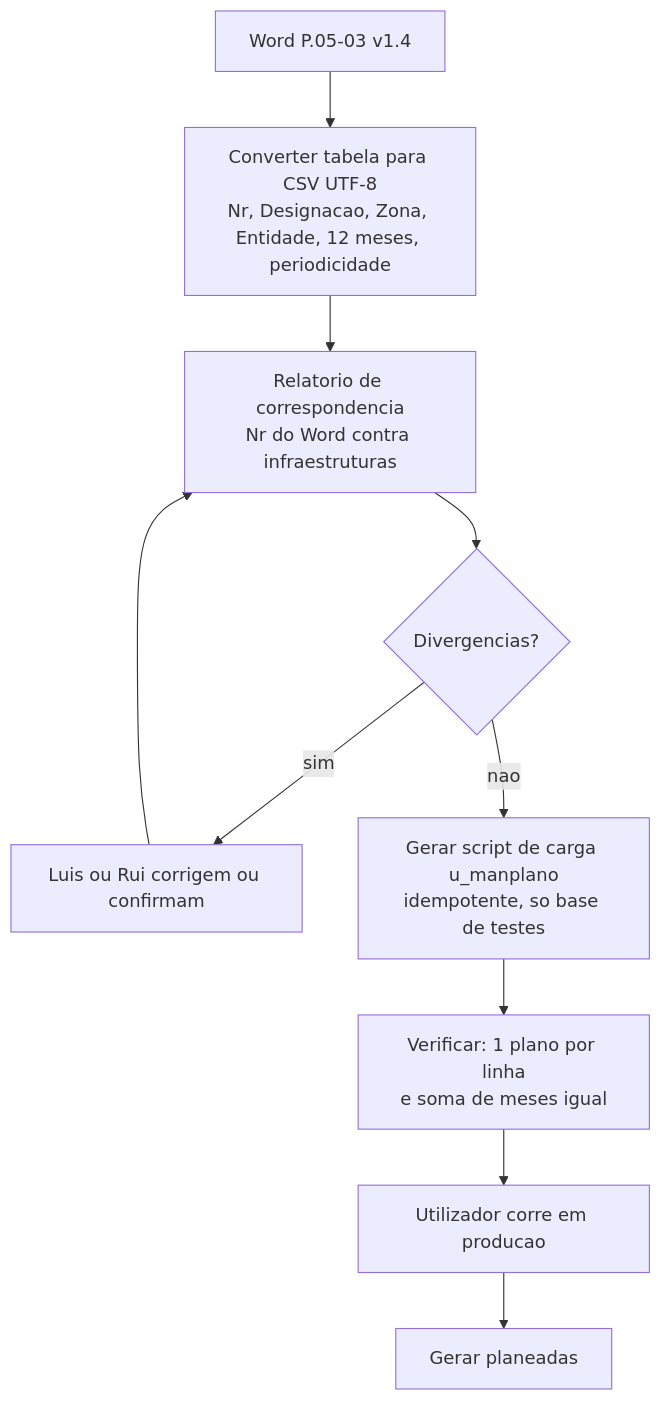
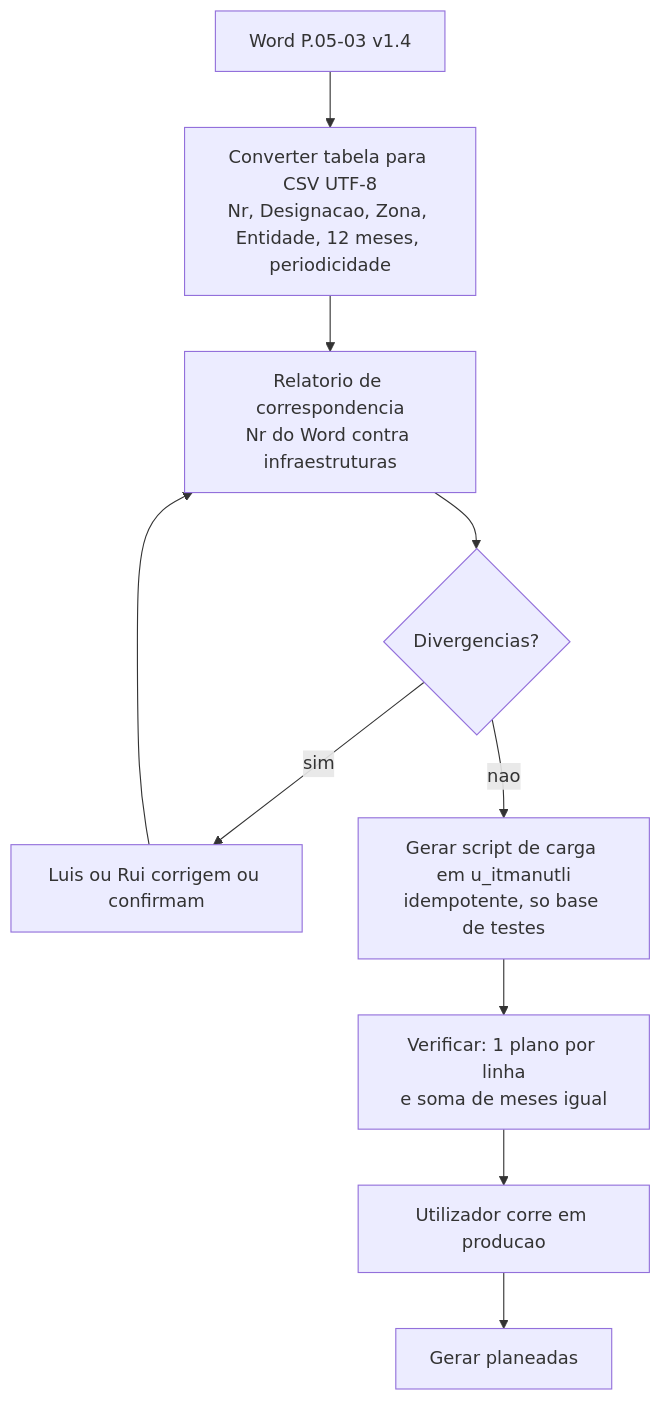
One commit to sigmacodelda/GestorManutencao changed the sixth of 8 diagrams in Planeamento/01-Backoffice-PHC/fluxogramas.md. Above: the diagram before and after it, drawn with Mermaid. The commit also changed other lines of this file and 37 other files, not shown here.

````diff
--- a/Planeamento/01-Backoffice-PHC/fluxogramas.md
+++ b/Planeamento/01-Backoffice-PHC/fluxogramas.md
@@ -108,12 +108,12 @@
 ```mermaid
 flowchart TD
     A[Word P.05-03 v1.4] --> B[Converter tabela para CSV UTF-8<br/>Nr, Designacao, Zona, Entidade, 12 meses, periodicidade]
     B --> C[Relatorio de correspondencia<br/>Nr do Word contra infraestruturas]
     C --> D{Divergencias?}
     D -- sim --> E[Luis ou Rui corrigem ou confirmam]
     E --> C
-    D -- nao --> F[Gerar script de carga u_manplano<br/>idempotente, so base de testes]
+    D -- nao --> F[Gerar script de carga em u_itmanutli<br/>idempotente, so base de testes]
     F --> G["Verificar: 1 plano por linha<br/>e soma de meses igual"]
     G --> H[Utilizador corre em producao]
     H --> I[Gerar planeadas]
 ```
````
